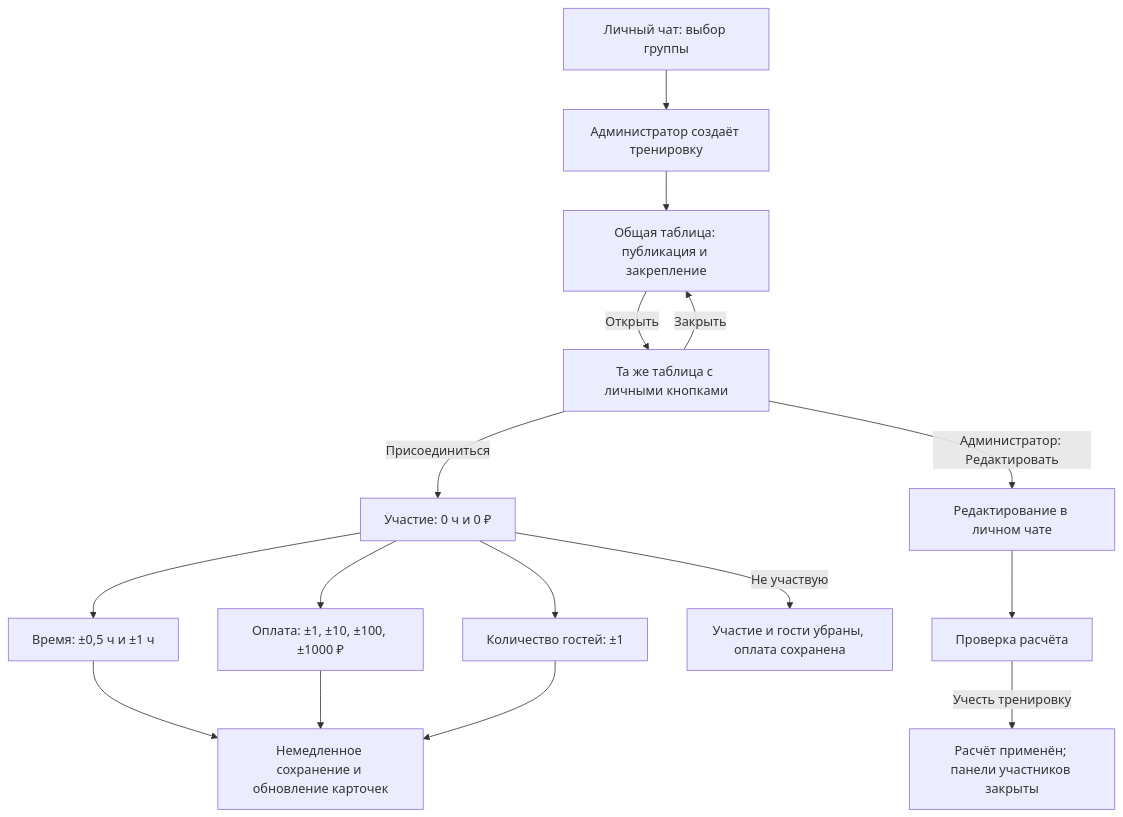
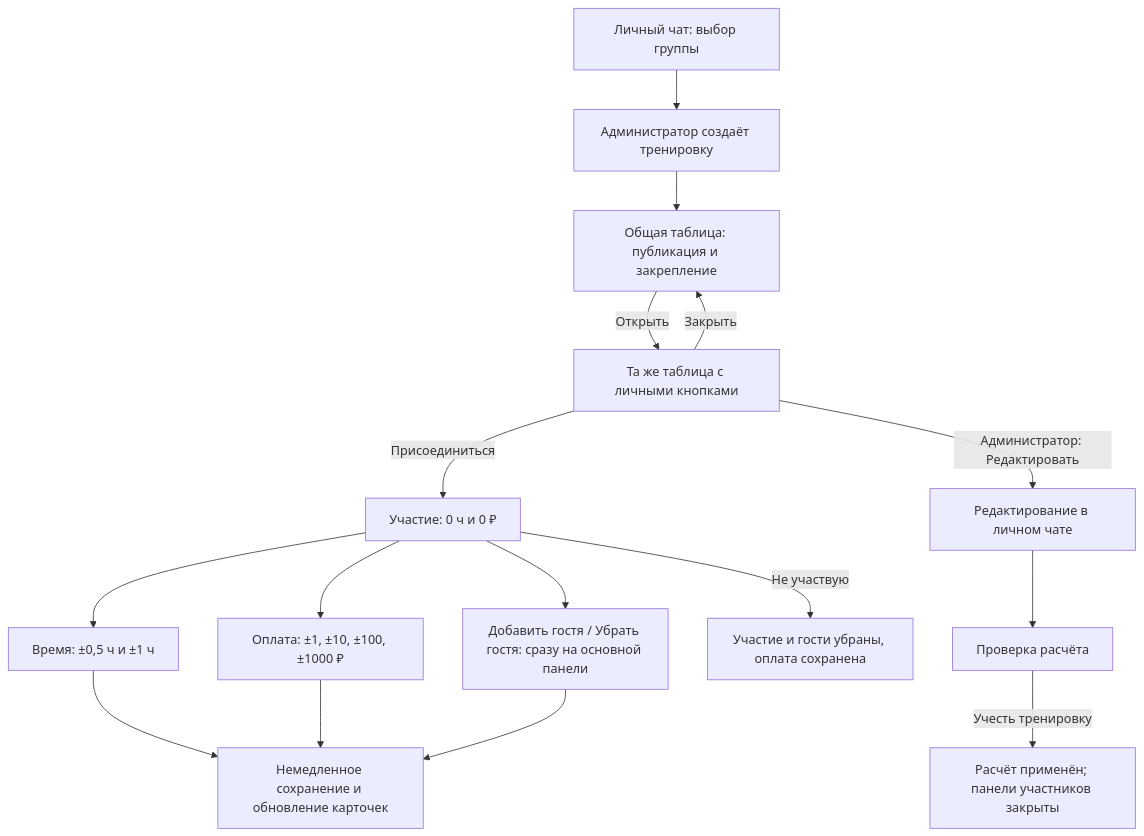
One commit to Romamor/tennis-split-bot changed the first of 3 diagrams in docs/UI_FLOW_REVIEW.md. Above: the diagram before and after it, drawn with Mermaid. The commit also changed other lines of this file and 8 other files, not shown here.

````diff
--- a/docs/UI_FLOW_REVIEW.md
+++ b/docs/UI_FLOW_REVIEW.md
@@ -10,18 +10,18 @@
 ```mermaid
 flowchart TD
     Menu[Личный чат: выбор группы] --> Create[Администратор создаёт тренировку]
     Create --> Public[Общая таблица: публикация и закрепление]
     Public -->|Открыть| Personal[Та же таблица с личными кнопками]
     Personal -->|Присоединиться| Joined[Участие: 0 ч и 0 ₽]
     Joined --> Time[Время: ±0,5 ч и ±1 ч]
     Joined --> Payment[Оплата: ±1, ±10, ±100, ±1000 ₽]
-    Joined --> Guests[Количество гостей: ±1]
+    Joined --> Guests[Добавить гостя / Убрать гостя: сразу на основной панели]
     Time --> Save[Немедленное сохранение и обновление карточек]
     Payment --> Save
     Guests --> Save
     Joined -->|Не участвую| Leave[Участие и гости убраны, оплата сохранена]
     Personal -->|Закрыть| Public
     Personal -->|Администратор: Редактировать| Editor[Редактирование в личном чате]
     Editor --> Preview[Проверка расчёта]
     Preview -->|Учесть тренировку| Accounted[Расчёт применён; панели участников закрыты]
 ```
````
